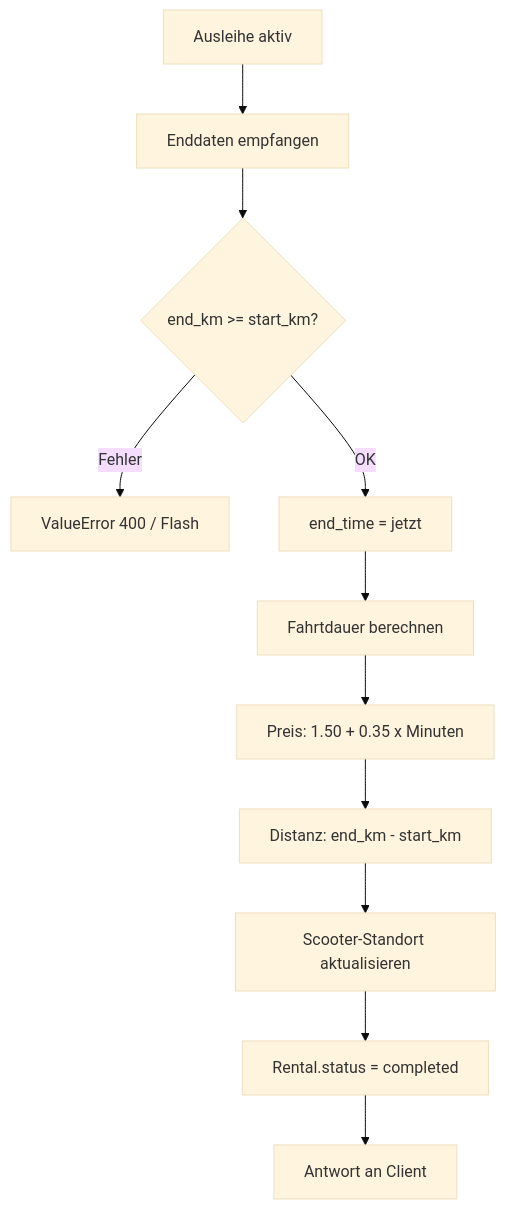
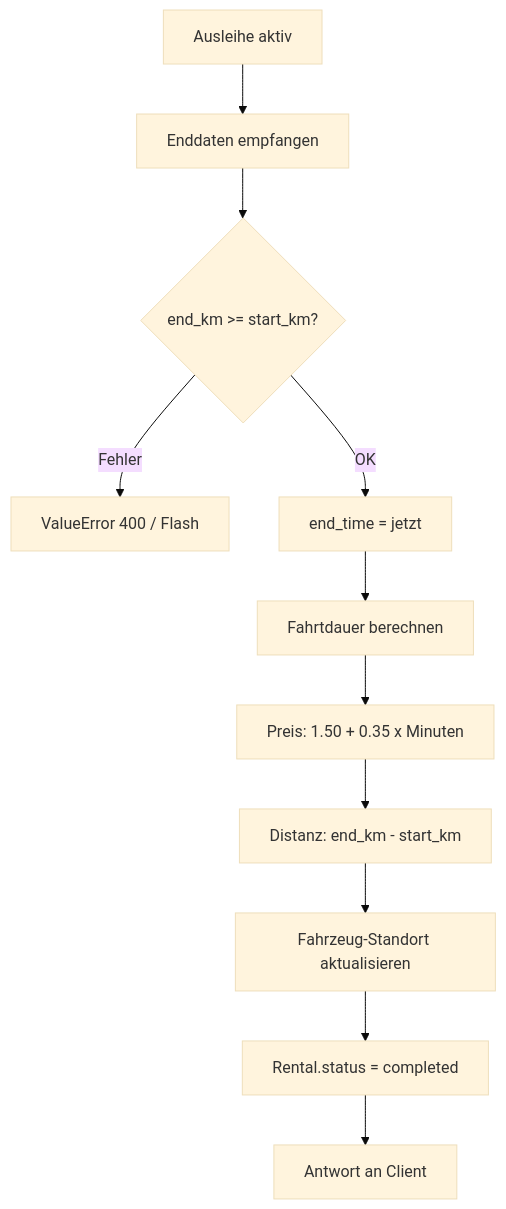
The fourth of 5 diagrams in docs/05_systemarchitektur.md (mogomes/e-mobility), drawn with Mermaid (base theme) before and after one commit. The commit also changed other lines of this file and 23 other files, not shown here.

````diff
--- a/docs/05_systemarchitektur.md
+++ b/docs/05_systemarchitektur.md
@@ -144,13 +144,13 @@
 ```mermaid
 flowchart TD
     A[Ausleihe aktiv] --> B[Enddaten empfangen]
     B --> C{end_km >= start_km?}
     C -- Fehler --> D[ValueError 400 / Flash]
     C -- OK --> E[end_time = jetzt]
     E --> F[Fahrtdauer berechnen]
     F --> G["Preis: 1.50 + 0.35 x Minuten"]
     G --> H["Distanz: end_km - start_km"]
-    H --> I[Scooter-Standort aktualisieren]
+    H --> I[Fahrzeug-Standort aktualisieren]
     I --> J[Rental.status = completed]
     J --> K[Antwort an Client]
 ```
````
